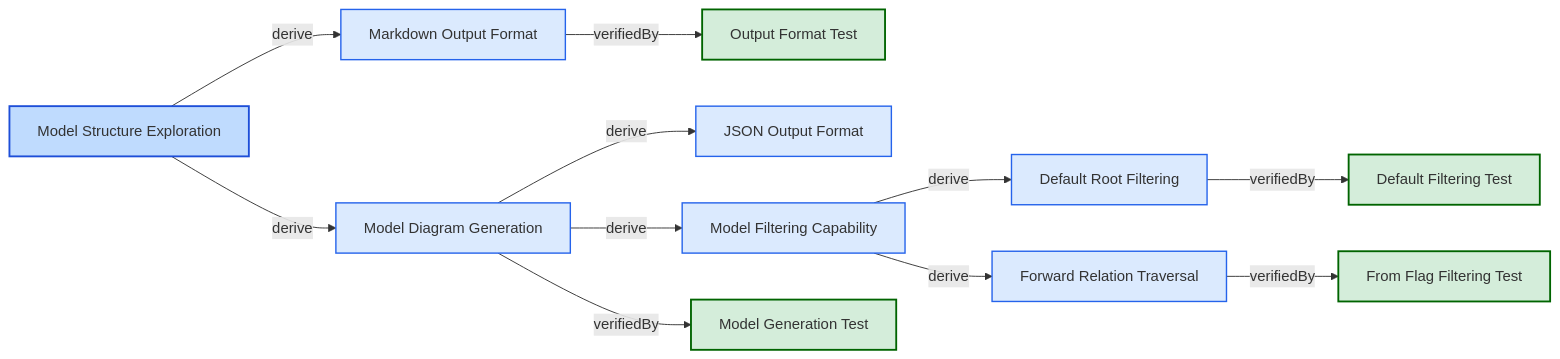
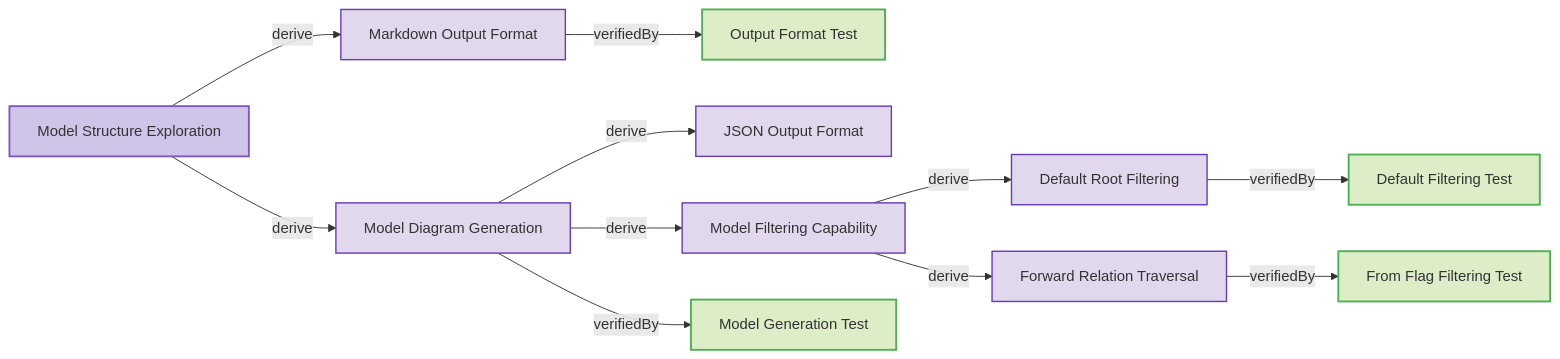
The diagram in tests/test-model-command/expected_output.md (reqvire-org/reqvire), drawn with Mermaid before and after one commit. The commit also changed 60 other files, not shown here.

First line of the commit message:
Refine web interface styling and update diagram colors

````diff
--- a/tests/test-model-command/expected_output.md
+++ b/tests/test-model-command/expected_output.md
@@ -9,81 +9,81 @@
 ```mermaid
 graph LR
-  classDef userRequirement fill:#bfdbfe,stroke:#1d4ed8,stroke-width:2px;
-  classDef systemRequirement fill:#dbeafe,stroke:#2563EB,stroke-width:1.5px;
-  classDef verification fill:#d4edda,stroke:#006400,stroke-width:2px;
-  classDef default fill:#f5f5f5,stroke:#333333,stroke-width:1.5px;
+  classDef userRequirement fill:#D1C4E9,stroke:#7E57C2,stroke-width:2px;
+  classDef systemRequirement fill:#E1D8EE,stroke:#673AB7,stroke-width:1.5px;
+  classDef verification fill:#DCEDC8,stroke:#4CAF50,stroke-width:2px;
+  classDef default fill:#F5F5F5,stroke:#424242,stroke-width:1.5px;
 
   32fb52886d6166a1["Model Structure Exploration"];
   class 32fb52886d6166a1 userRequirement;
   click 32fb52886d6166a1 "specifications/UserRequirements.md#model-structure-exploration";
   8accb4e2c9363546["Markdown Output Format"];
   class 8accb4e2c9363546 systemRequirement;
   click 8accb4e2c9363546 "specifications/SystemRequirements.md#markdown-output-format";
   32fb52886d6166a1 -->|derive| 8accb4e2c9363546;
   8accb4e2c9363546["Markdown Output Format"];
   class 8accb4e2c9363546 systemRequirement;
   click 8accb4e2c9363546 "specifications/SystemRequirements.md#markdown-output-format";
   8cc3b7ebaf3ea9b["Output Format Test"];
   class 8cc3b7ebaf3ea9b verification;
   click 8cc3b7ebaf3ea9b "specifications/Verifications/Tests.md#output-format-test";
   8accb4e2c9363546 -->|verifiedBy| 8cc3b7ebaf3ea9b;
   8cc3b7ebaf3ea9b["Output Format Test"];
   class 8cc3b7ebaf3ea9b verification;
   click 8cc3b7ebaf3ea9b "specifications/Verifications/Tests.md#output-format-test";
   4f998d84bbf8f547["Model Diagram Generation"];
   class 4f998d84bbf8f547 systemRequirement;
   click 4f998d84bbf8f547 "specifications/SystemRequirements.md#model-diagram-generation";
   32fb52886d6166a1 -->|derive| 4f998d84bbf8f547;
   4f998d84bbf8f547["Model Diagram Generation"];
   class 4f998d84bbf8f547 systemRequirement;
   click 4f998d84bbf8f547 "specifications/SystemRequirements.md#model-diagram-generation";
   f27d93928246808["JSON Output Format"];
   class f27d93928246808 systemRequirement;
   click f27d93928246808 "specifications/SystemRequirements.md#json-output-format";
   4f998d84bbf8f547 -->|derive| f27d93928246808;
   f27d93928246808["JSON Output Format"];
   class f27d93928246808 systemRequirement;
   click f27d93928246808 "specifications/SystemRequirements.md#json-output-format";
   1ca5a7c02ab1c5f4["Model Filtering Capability"];
   class 1ca5a7c02ab1c5f4 systemRequirement;
   click 1ca5a7c02ab1c5f4 "specifications/SystemRequirements.md#model-filtering-capability";
   4f998d84bbf8f547 -->|derive| 1ca5a7c02ab1c5f4;
   1ca5a7c02ab1c5f4["Model Filtering Capability"];
   class 1ca5a7c02ab1c5f4 systemRequirement;
   click 1ca5a7c02ab1c5f4 "specifications/SystemRequirements.md#model-filtering-capability";
   5b114dac21ad2026["Default Root Filtering"];
   class 5b114dac21ad2026 systemRequirement;
   click 5b114dac21ad2026 "specifications/SystemRequirements.md#default-root-filtering";
   1ca5a7c02ab1c5f4 -->|derive| 5b114dac21ad2026;
   5b114dac21ad2026["Default Root Filtering"];
   class 5b114dac21ad2026 systemRequirement;
   click 5b114dac21ad2026 "specifications/SystemRequirements.md#default-root-filtering";
   c28803f3ded267fb["Default Filtering Test"];
   class c28803f3ded267fb verification;
   click c28803f3ded267fb "specifications/Verifications/Tests.md#default-filtering-test";
   5b114dac21ad2026 -->|verifiedBy| c28803f3ded267fb;
   c28803f3ded267fb["Default Filtering Test"];
   class c28803f3ded267fb verification;
   click c28803f3ded267fb "specifications/Verifications/Tests.md#default-filtering-test";
   46fbef5d552a5c01["Forward Relation Traversal"];
   class 46fbef5d552a5c01 systemRequirement;
   click 46fbef5d552a5c01 "specifications/SystemRequirements.md#forward-relation-traversal";
   1ca5a7c02ab1c5f4 -->|derive| 46fbef5d552a5c01;
   46fbef5d552a5c01["Forward Relation Traversal"];
   class 46fbef5d552a5c01 systemRequirement;
   click 46fbef5d552a5c01 "specifications/SystemRequirements.md#forward-relation-traversal";
   15d847f8ebf34901["From Flag Filtering Test"];
   class 15d847f8ebf34901 verification;
   click 15d847f8ebf34901 "specifications/Verifications/Tests.md#from-flag-filtering-test";
   46fbef5d552a5c01 -->|verifiedBy| 15d847f8ebf34901;
   15d847f8ebf34901["From Flag Filtering Test"];
   class 15d847f8ebf34901 verification;
   click 15d847f8ebf34901 "specifications/Verifications/Tests.md#from-flag-filtering-test";
   e80d22d575e02537["Model Generation Test"];
   class e80d22d575e02537 verification;
   click e80d22d575e02537 "specifications/Verifications/Tests.md#model-generation-test";
   4f998d84bbf8f547 -->|verifiedBy| e80d22d575e02537;
   e80d22d575e02537["Model Generation Test"];
   class e80d22d575e02537 verification;
   click e80d22d575e02537 "specifications/Verifications/Tests.md#model-generation-test";
 ```
````
